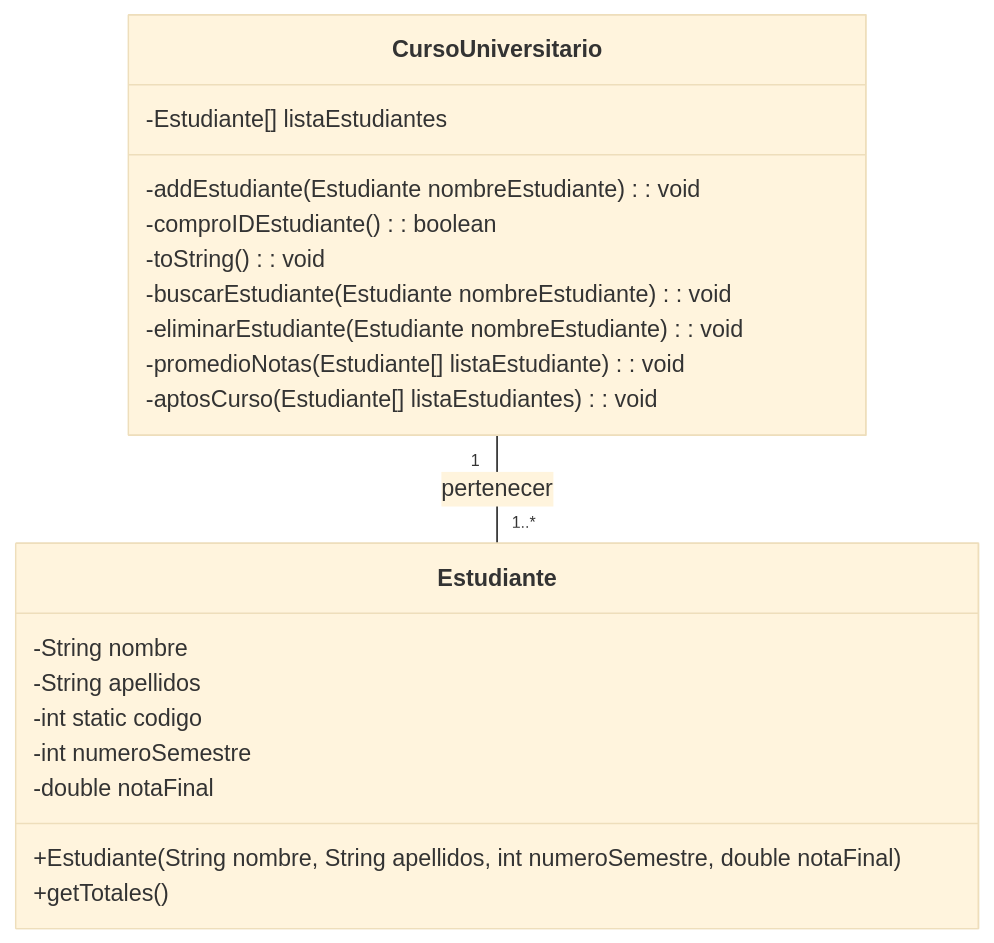
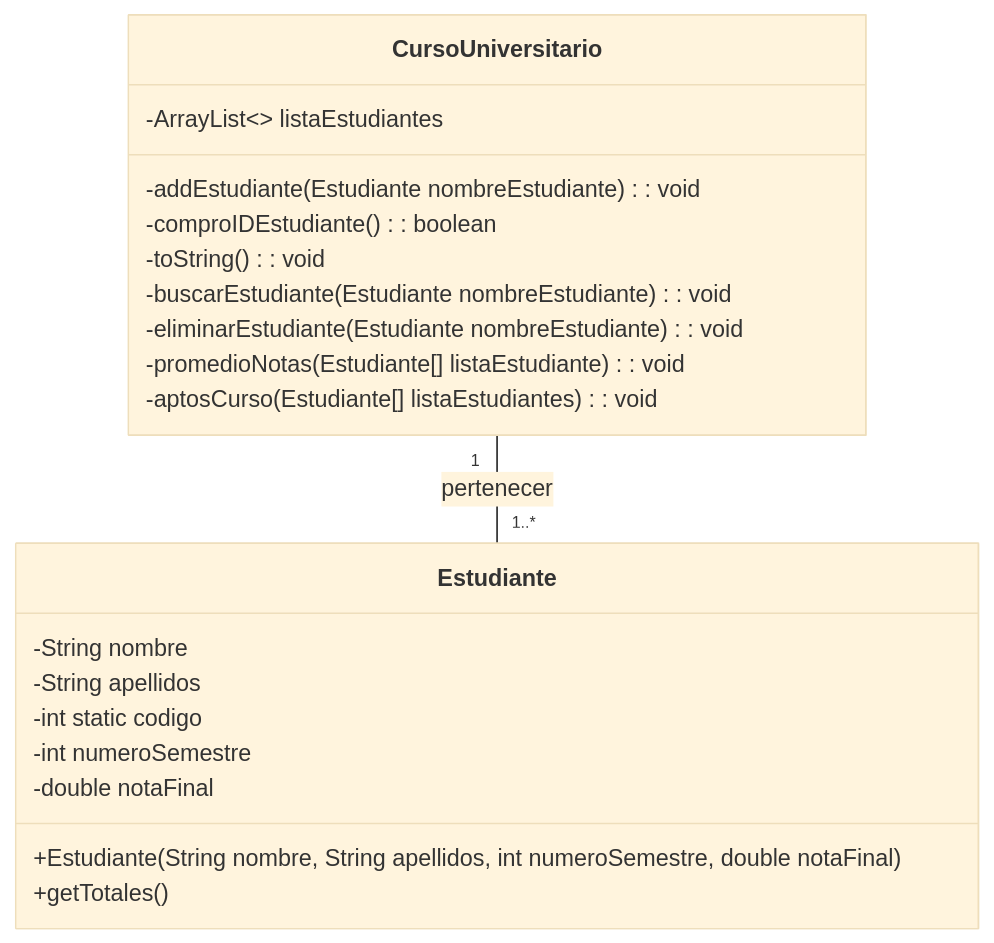
Before and after one commit to savamidev/MiguelSanchez-1DAW: the diagram in EEDD/Unir UML creación/Parte2.md, drawn with Mermaid (base theme). The commit also changed 3 other files, not shown here.

````diff
--- a/EEDD/Unir UML creación/Parte2.md
+++ b/EEDD/Unir UML creación/Parte2.md
@@ -1,31 +1,31 @@
 ```mermaid
     classDiagram
 
     class CursoUniversitario {
-    -Estudiante[] listaEstudiantes
+    -ArrayList<<Estudiante>> listaEstudiantes
 
     -addEstudiante(Estudiante nombreEstudiante) : void
     -comproIDEstudiante() : boolean
     -toString() : void
     -buscarEstudiante(Estudiante nombreEstudiante) : void
     -eliminarEstudiante(Estudiante nombreEstudiante) : void
     -promedioNotas(Estudiante[] listaEstudiante) : void
     -aptosCurso(Estudiante[] listaEstudiantes) : void
 
     }
 
     class Estudiante {
     -String nombre
     -String apellidos
     -int static codigo
     -int numeroSemestre 
     -double notaFinal
 
     +Estudiante(String nombre, String apellidos, int numeroSemestre, double notaFinal)
 
     +getTotales()
     }
 
     CursoUniversitario "1" -- "1..*" Estudiante : pertenecer
 
 ```
````
